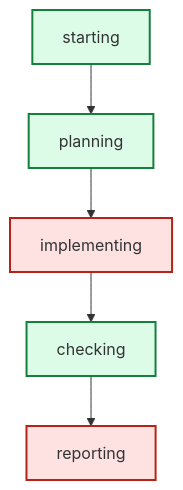
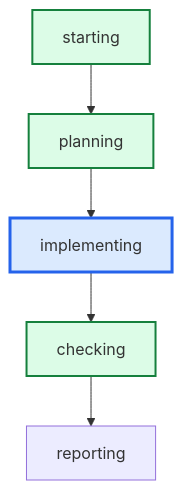
The diagram in runs/issue45-water-flood-r1/graph.mmd (daniell0gda/hermes-feature-check-dashboard), drawn with Mermaid before and after one commit. The commit also changed 37 other files, not shown here.

```diff
--- a/runs/issue45-water-flood-r1/graph.mmd
+++ b/runs/issue45-water-flood-r1/graph.mmd
@@ -1,14 +1,13 @@
 graph TD
     starting --> planning
     planning --> implementing
     implementing --> checking
     checking --> reporting
 
 classDef done fill:#dcfce7,stroke:#15803d,stroke-width:2px;
 classDef active fill:#dbeafe,stroke:#2563eb,stroke-width:3px;
 classDef failed fill:#fee2e2,stroke:#b42318,stroke-width:2px;
-class implementing failed;
+class implementing active;
+class checking done;
 class starting done;
-class reporting failed;
 class planning done;
-class checking done;
```
